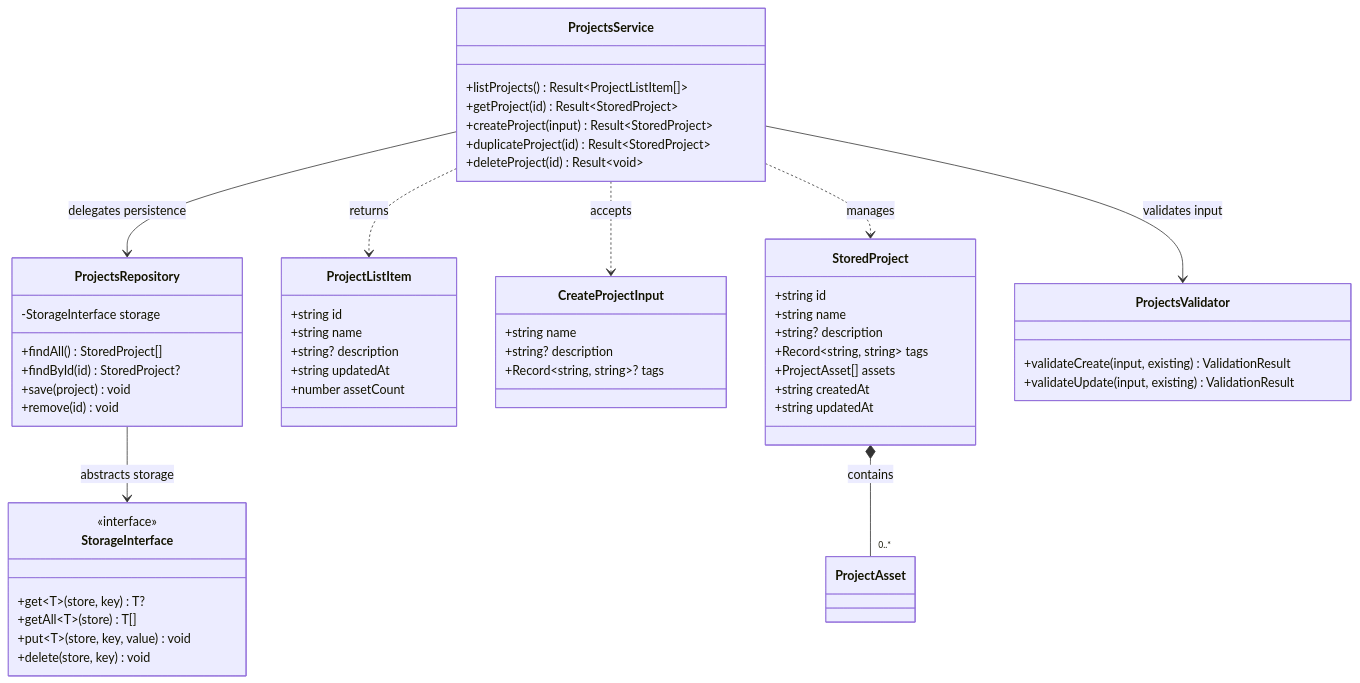
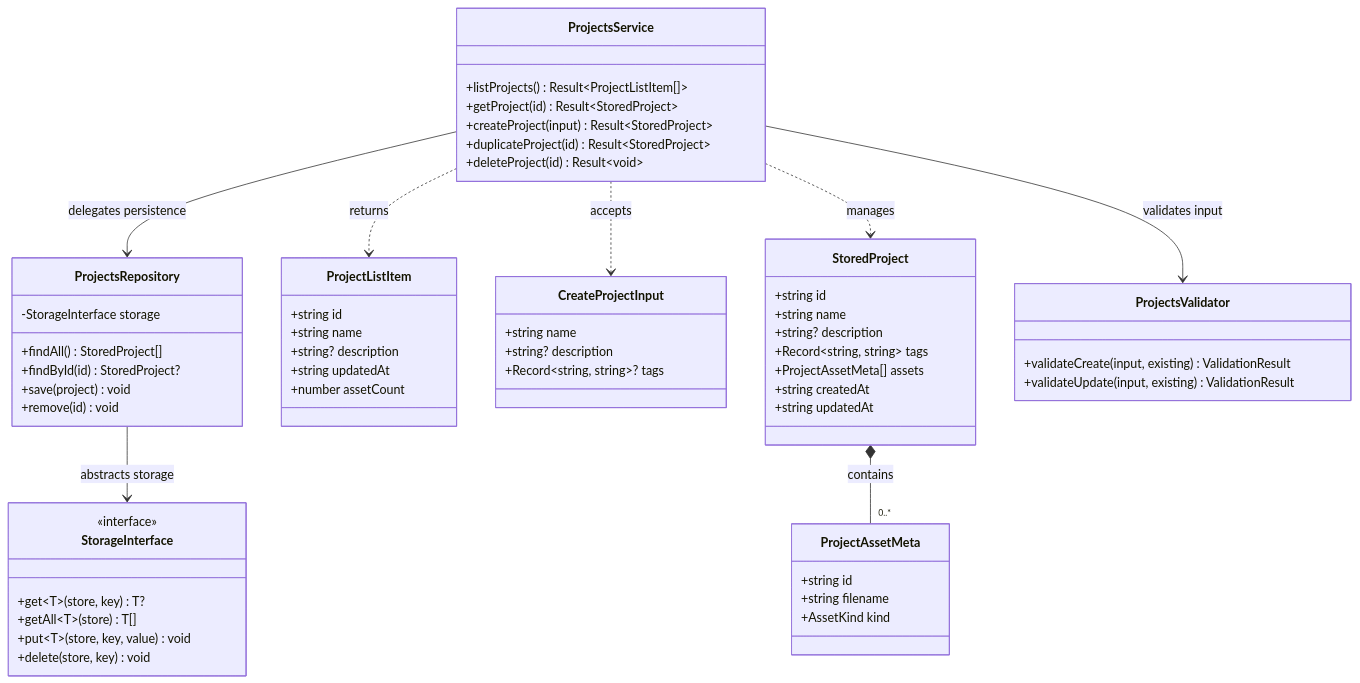
The first of 2 diagrams in docs/01-PROJECTS-SERVICE.md (rimvydasb/open-modeler-ts), drawn with Mermaid before and after one commit. The commit also changed other lines of this file and 2 other files, not shown here.

Commit message:
refactor architecture documentation: rename ProjectAsset to ProjectAssetMeta and update related references for clarity

````diff
--- a/docs/01-PROJECTS-SERVICE.md
+++ b/docs/01-PROJECTS-SERVICE.md
@@ -25,65 +25,71 @@
 ```mermaid
 classDiagram
     direction TB
 
     class StoredProject {
         +string id
         +string name
         +string? description
         +Record~string, string~ tags
-        +ProjectAsset[] assets
+        +ProjectAssetMeta[] assets
         +string createdAt
         +string updatedAt
+    }
+
+    class ProjectAssetMeta {
+        +string id
+        +string filename
+        +AssetKind kind
     }
 
     class ProjectListItem {
         +string id
         +string name
         +string? description
         +string updatedAt
         +number assetCount
     }
 
     class CreateProjectInput {
         +string name
         +string? description
         +Record~string, string~? tags
     }
 
     class ProjectsService {
         +listProjects() Result~ProjectListItem[]~
         +getProject(id) Result~StoredProject~
         +createProject(input) Result~StoredProject~
         +duplicateProject(id) Result~StoredProject~
         +deleteProject(id) Result~void~
     }
 
     class ProjectsRepository {
         -StorageInterface storage
         +findAll() StoredProject[]
         +findById(id) StoredProject?
         +save(project) void
         +remove(id) void
     }
 
     class ProjectsValidator {
         +validateCreate(input, existing) ValidationResult
         +validateUpdate(input, existing) ValidationResult
     }
 
     class StorageInterface {
         <<interface>>
         +get~T~(store, key) T?
         +getAll~T~(store) T[]
         +put~T~(store, key, value) void
         +delete(store, key) void
     }
 
     ProjectsService --> ProjectsRepository : delegates persistence
     ProjectsService --> ProjectsValidator : validates input
     ProjectsRepository --> StorageInterface : abstracts storage
     ProjectsService ..> StoredProject : manages
     ProjectsService ..> ProjectListItem : returns
     ProjectsService ..> CreateProjectInput : accepts
-    StoredProject *-- "0..*" ProjectAsset : contains
+    StoredProject *-- "0..*" ProjectAssetMeta : contains
 ```
````
